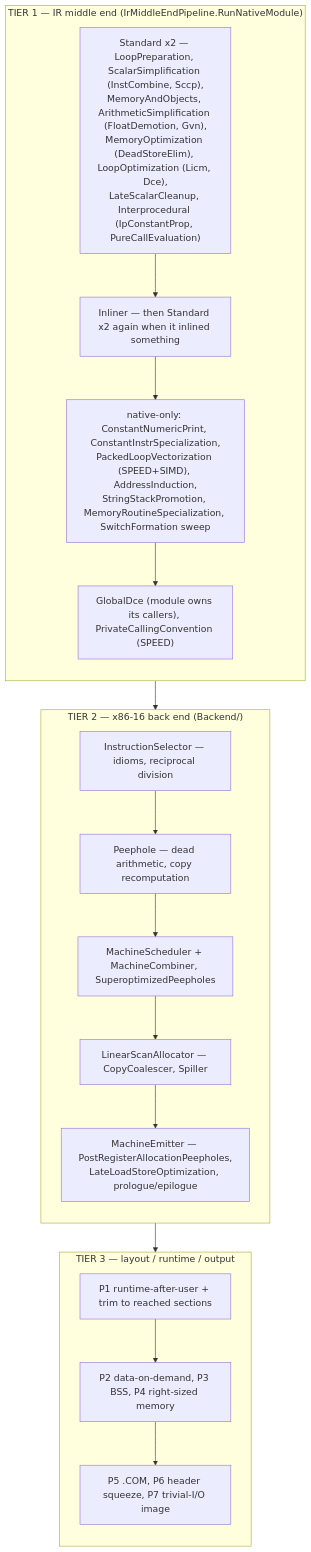
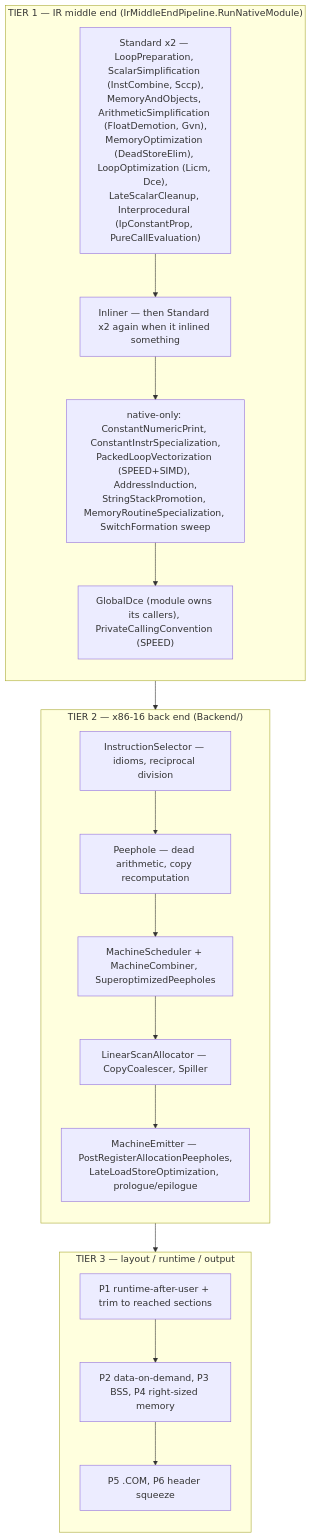
One commit to Hawkynt/PB-Compiler changed the third of 6 diagrams in docs/PIPELINE.md. Above: the diagram before and after it, drawn with Mermaid. The commit also changed other lines of this file and 45 other files, not shown here.

````diff
--- a/docs/PIPELINE.md
+++ b/docs/PIPELINE.md
@@ -48,28 +48,28 @@
 ```mermaid
 flowchart TD
   subgraph T1["TIER 1 — IR middle end (IrMiddleEndPipeline.RunNativeModule)"]
     direction TB
     M1["Standard x2 — LoopPreparation, ScalarSimplification (InstCombine, Sccp),<br/>MemoryAndObjects, ArithmeticSimplification (FloatDemotion, Gvn),<br/>MemoryOptimization (DeadStoreElim), LoopOptimization (Licm, Dce),<br/>LateScalarCleanup, Interprocedural (IpConstantProp, PureCallEvaluation)"]
     M2["Inliner — then Standard x2 again when it inlined something"]
     M3["native-only: ConstantNumericPrint, ConstantInstrSpecialization,<br/>PackedLoopVectorization (SPEED+SIMD), AddressInduction,<br/>StringStackPromotion, MemoryRoutineSpecialization, SwitchFormation sweep"]
     M4["GlobalDce (module owns its callers), PrivateCallingConvention (SPEED)"]
     M1 --> M2 --> M3 --> M4
   end
   subgraph T2["TIER 2 — x86-16 back end (Backend/)"]
     direction TB
     B1["InstructionSelector — idioms, reciprocal division"]
     B2["Peephole — dead arithmetic, copy recomputation"]
     B3["MachineScheduler + MachineCombiner, SuperoptimizedPeepholes"]
     B4["LinearScanAllocator — CopyCoalescer, Spiller"]
     B5["MachineEmitter — PostRegisterAllocationPeepholes,<br/>LateLoadStoreOptimization, prologue/epilogue"]
     B1 --> B2 --> B3 --> B4 --> B5
   end
   subgraph T3["TIER 3 — layout / runtime / output"]
     direction TB
     L1["P1 runtime-after-user + trim to reached sections"]
     L2["P2 data-on-demand, P3 BSS, P4 right-sized memory"]
-    L3["P5 .COM, P6 header squeeze, P7 trivial-I/O image"]
+    L3["P5 .COM, P6 header squeeze"]
     L1 --> L2 --> L3
   end
   T1 --> T2 --> T3
 ```
````
